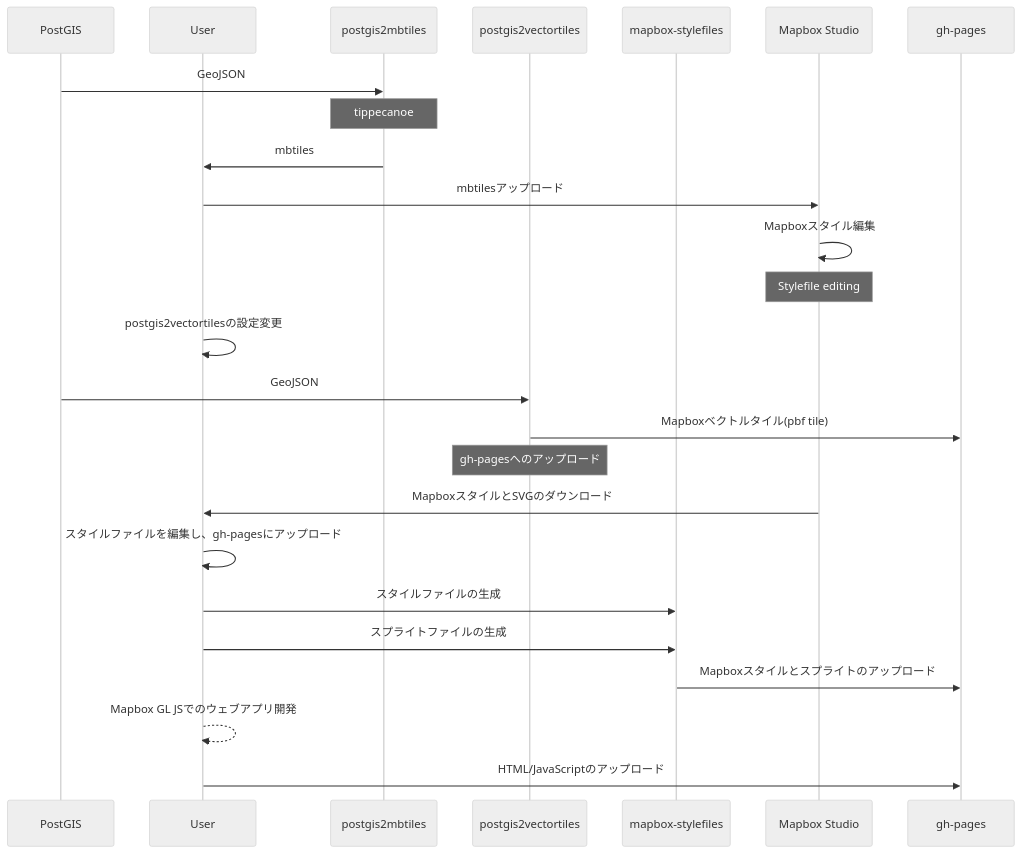
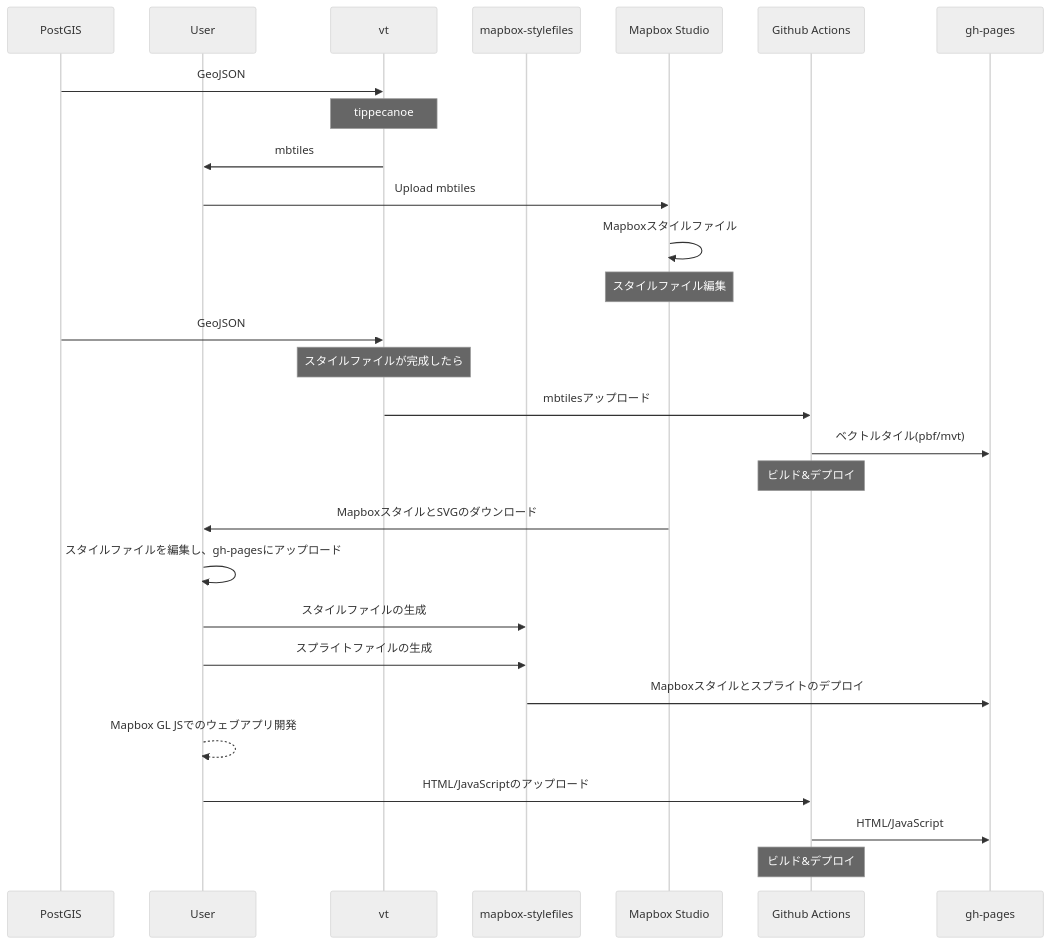
The diagram in content/setups/installation/_index.ja.md (watergis/docs), drawn with Mermaid (neutral theme) before and after one commit. The commit also changed 8 other files, not shown here.

```diff
--- a/content/setups/installation/_index.ja.md
+++ b/content/setups/installation/_index.ja.md
@@ -15,32 +15,35 @@
 {{<mermaid align="center">}}
 sequenceDiagram
     participant db as PostGIS
-    participant x as User
-    participant a as postgis2mbtiles
-    participant b as postgis2vectortiles
-    participant d as mapbox-stylefiles
-    participant y as Mapbox Studio
-    participant z as gh-pages
+    participant user as User
+    participant vt as vt
+    participant style as mapbox-stylefiles
+    participant mapbox as Mapbox Studio
+    participant action as Github Actions
+    participant ghpages as gh-pages
 
-    db->>a: GeoJSON
-    Note over a: tippecanoe
-    a->>x: mbtiles
+    db->>vt: GeoJSON
+    Note over vt: tippecanoe
+    vt->>user: mbtiles
     
-    x->>y: mbtilesアップロード
-    y->>y: Mapboxスタイル編集
-    Note over y: Stylefile editing
+    user->>mapbox: Upload mbtiles
+    mapbox->>mapbox: Mapboxスタイルファイル
+    Note over mapbox: スタイルファイル編集
 
-    x->>x: postgis2vectortilesの設定変更
-    db->>b: GeoJSON
-    b->>z: Mapboxベクトルタイル(pbf tile) 
-    Note over b: gh-pagesへのアップロード
+    db->>vt: GeoJSON
+    Note over vt: スタイルファイルが完成したら
+    vt->>action: mbtilesアップロード
+    action->>ghpages: ベクトルタイル(pbf/mvt) 
+    Note over action: ビルド&デプロイ
 
-    y->>x: MapboxスタイルとSVGのダウンロード
-    x->>x: スタイルファイルを編集し、gh-pagesにアップロード
-    x->>d: スタイルファイルの生成
-    x->>d: スプライトファイルの生成
-    d->>z: Mapboxスタイルとスプライトのアップロード
+    mapbox->>user: MapboxスタイルとSVGのダウンロード
+    user->>user: スタイルファイルを編集し、gh-pagesにアップロード
+    user->>style: スタイルファイルの生成
+    user->>style: スプライトファイルの生成
+    style->>ghpages: Mapboxスタイルとスプライトのデプロイ
 
-    x-->>x: Mapbox GL JSでのウェブアプリ開発
-    x->>z: HTML/JavaScriptのアップロード
+    user-->>user: Mapbox GL JSでのウェブアプリ開発
+    user->>action: HTML/JavaScriptのアップロード
+    action->>ghpages: HTML/JavaScript
+    Note over action: ビルド&デプロイ
 {{< /mermaid >}}
```
